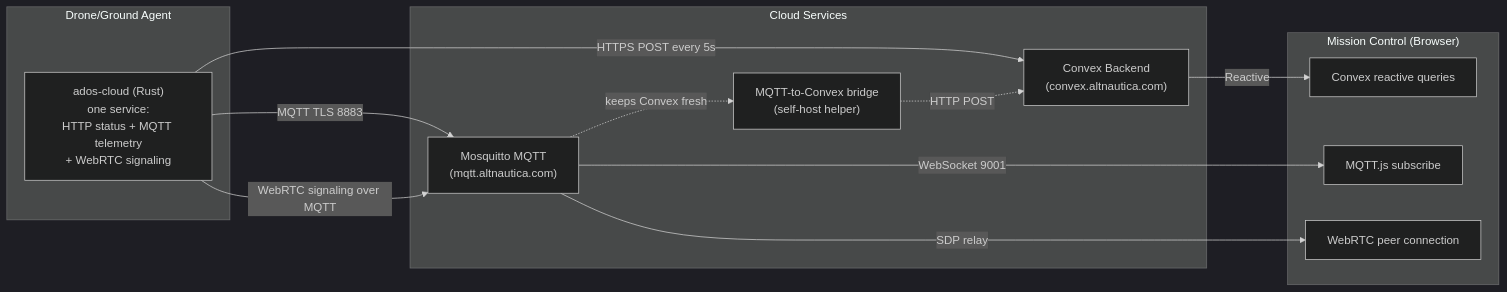
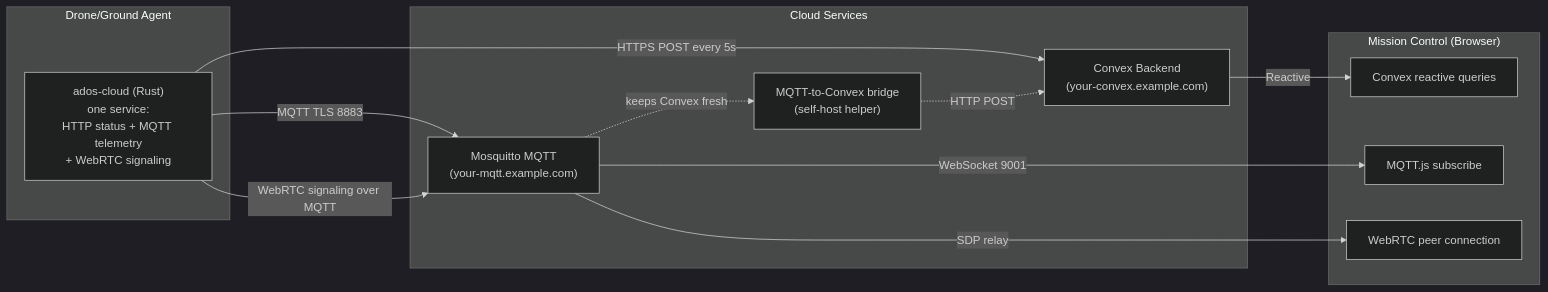
One commit to altnautica/Documentation changed the diagram in architecture/cloud-infrastructure.mdx. Above: the diagram before and after it, drawn with Mermaid. The commit also changed other lines of this file and 54 other files, not shown here.

````diff
--- a/architecture/cloud-infrastructure.mdx
+++ b/architecture/cloud-infrastructure.mdx
@@ -14,30 +14,30 @@
 ```mermaid
 %%{init: {'theme': 'dark'}}%%
 flowchart LR
     subgraph Agent["Drone/Ground Agent"]
         Cloud["ados-cloud (Rust)<br/>one service:<br/>HTTP status + MQTT telemetry<br/>+ WebRTC signaling"]
     end
 
     subgraph CloudSvc["Cloud Services"]
-        Convex["Convex Backend<br/>(convex.altnautica.com)"]
-        Mosquitto["Mosquitto MQTT<br/>(mqtt.altnautica.com)"]
+        Convex["Convex Backend<br/>(your-convex.example.com)"]
+        Mosquitto["Mosquitto MQTT<br/>(your-mqtt.example.com)"]
         Bridge["MQTT-to-Convex bridge<br/>(self-host helper)"]
     end
 
     subgraph GCS["Mission Control (Browser)"]
         B_Convex["Convex reactive queries"]
         B_MQTT["MQTT.js subscribe"]
         B_WebRTC["WebRTC peer connection"]
     end
 
     Cloud -->|HTTPS POST every 5s| Convex
     Cloud -->|MQTT TLS 8883| Mosquitto
     Cloud -->|WebRTC signaling over MQTT| Mosquitto
 
     Mosquitto -.->|keeps Convex fresh| Bridge
     Bridge -.->|HTTP POST| Convex
 
     Convex -->|Reactive| B_Convex
     Mosquitto -->|WebSocket 9001| B_MQTT
     Mosquitto -->|SDP relay| B_WebRTC
 ```
````
